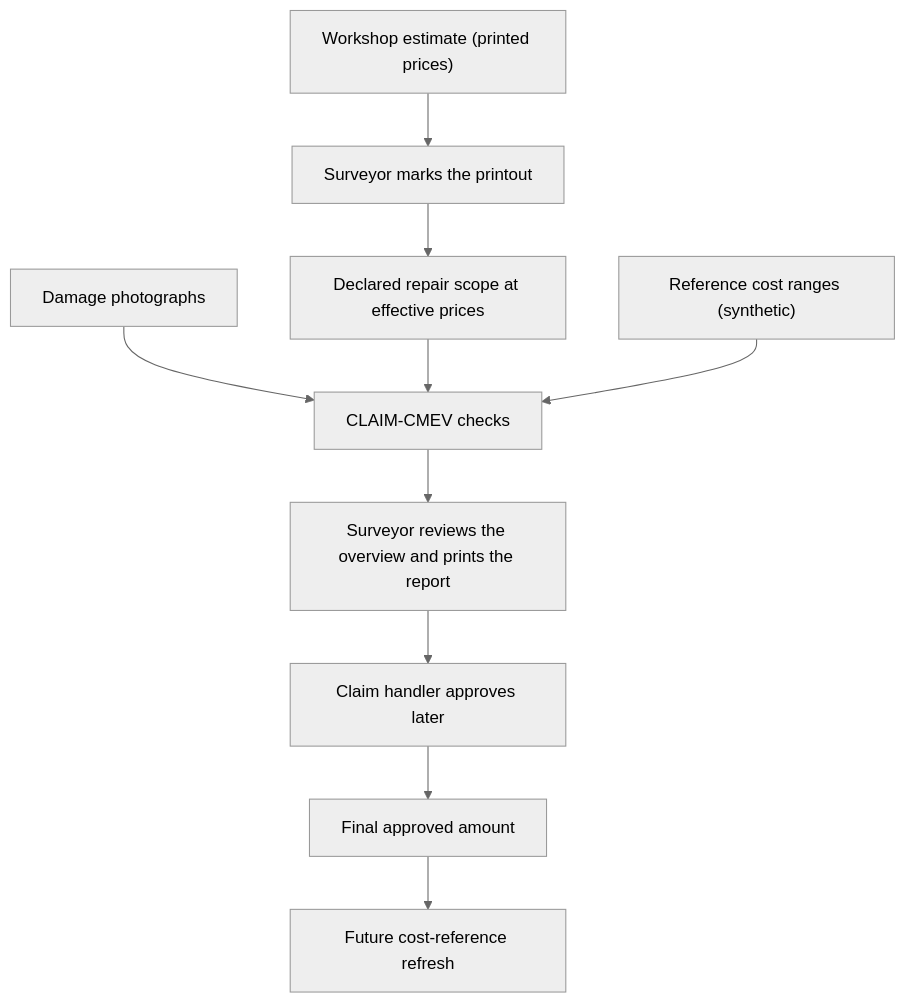
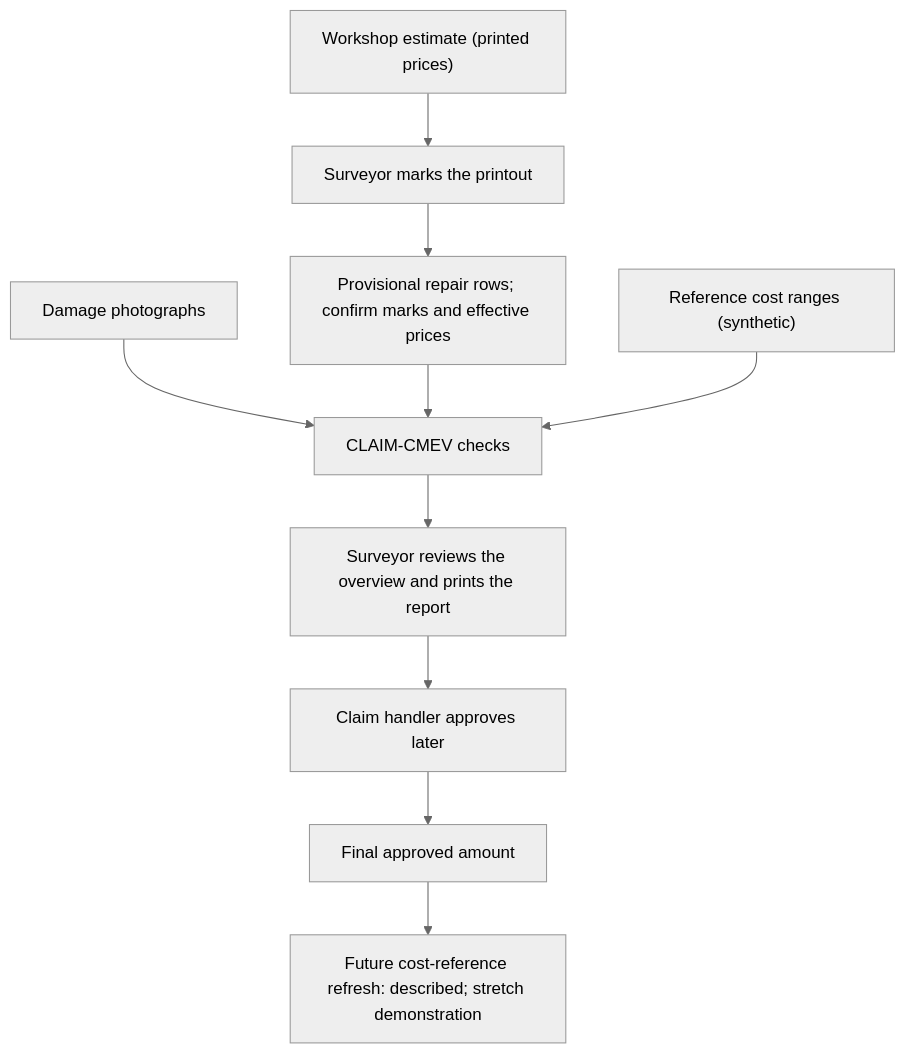
Before and after one commit to RodelFMiguel/CLAIM-CMEV: the first of 5 diagrams in docs/CLAIM-CMEV_project_proposal_v2.md, drawn with Mermaid (neutral theme). The commit also changed other lines of this file and 1 other file, not shown here.

````diff
--- a/docs/CLAIM-CMEV_project_proposal_v2.md
+++ b/docs/CLAIM-CMEV_project_proposal_v2.md
@@ -96,12 +99,12 @@
 ```mermaid
 flowchart TD
     W["Workshop estimate (printed prices)"] --> M["Surveyor marks the printout"]
-    M --> D["Declared repair scope at effective prices"]
+    M --> D["Provisional repair rows; confirm marks and effective prices"]
     P["Damage photographs"] --> V["CLAIM-CMEV checks"]
     D --> V
     R["Reference cost ranges (synthetic)"] --> V
     V --> H["Surveyor reviews the overview and prints the report"]
     H --> A["Claim handler approves later"]
     A --> F["Final approved amount"]
-    F --> U["Future cost-reference refresh"]
+    F --> U["Future cost-reference refresh: described; stretch demonstration"]
 ```
````
